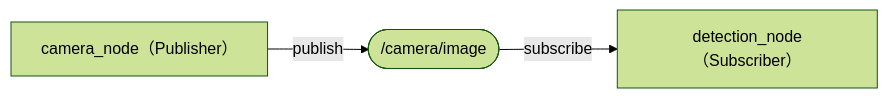
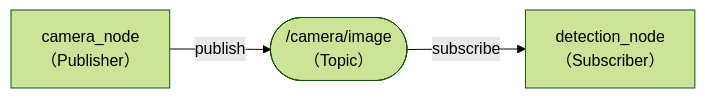
One commit to Harlequinade1123/ros1-tutorials changed the first of 4 diagrams in docs/01_introduction.md. Above: the diagram before and after it, drawn with Mermaid (forest theme).

Commit message:
docs: clarify /camera/image as Topic and align node labels with line breaks in ch.1

````diff
--- a/docs/01_introduction.md
+++ b/docs/01_introduction.md
@@ -48,5 +48,5 @@
 ```mermaid
 graph LR
-    camera_node["camera_node（Publisher）"] -->|"publish"| topic(["/camera/image"])
-    topic -->|"subscribe"| detection_node["detection_node（Subscriber）"]
+    camera_node["camera_node<br/>（Publisher）"] -->|"publish"| topic(["/camera/image<br/>（Topic）"])
+    topic -->|"subscribe"| detection_node["detection_node<br/>（Subscriber）"]
 ```
````
